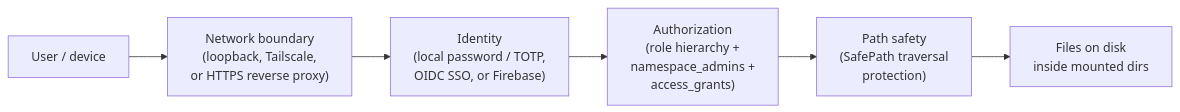
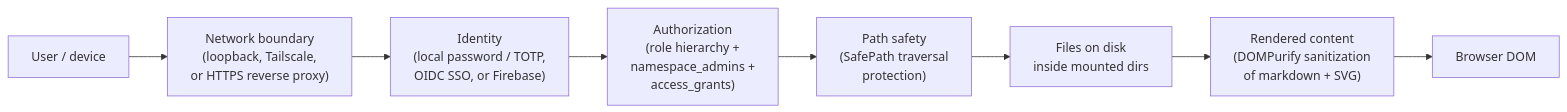
One commit to mahsanamin/mdnest changed the first of 2 diagrams in docs/security.md. Above: the diagram before and after it, drawn with Mermaid. The commit also changed other lines of this file and 51 other files, not shown here.

First line of the commit message:
Release v3.11.7 — XSS hardening, cross-namespace file leak fixed, Helm chart, build CI (#56)

````diff
--- a/docs/security.md
+++ b/docs/security.md
@@ -14,8 +14,10 @@
 ```mermaid
 flowchart LR
     user[User / device] --> net["Network boundary<br/>(loopback, Tailscale,<br/>or HTTPS reverse proxy)"]
     net --> idp["Identity<br/>(local password / TOTP,<br/>OIDC SSO, or Firebase)"]
     idp --> authz["Authorization<br/>(role hierarchy +<br/>namespace_admins +<br/>access_grants)"]
     authz --> path["Path safety<br/>(SafePath traversal<br/>protection)"]
     path --> fs[Files on disk<br/>inside mounted dirs]
+    fs --> render["Rendered content<br/>(DOMPurify sanitization<br/>of markdown + SVG)"]
+    render --> browser[Browser DOM]
 ```
````
